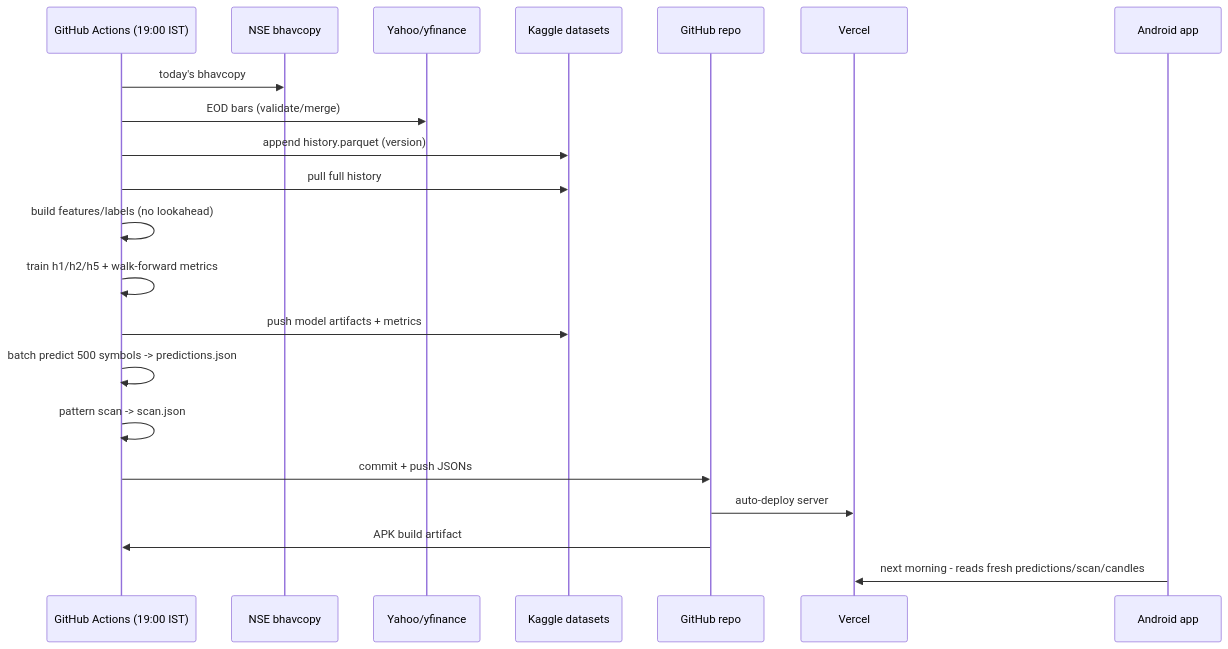
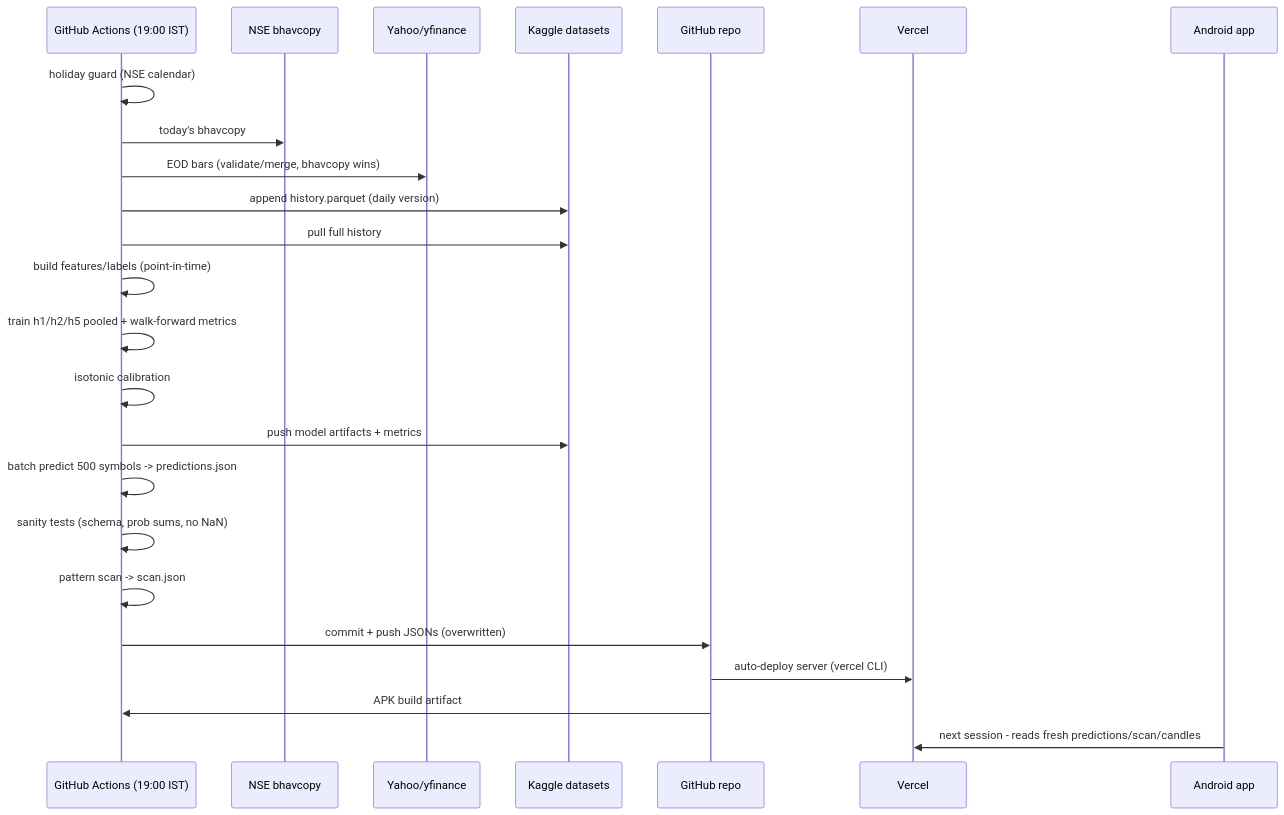
The third of 5 diagrams in design/plan.md (5r1n1dh1/TechnicalPatternAnalysis), drawn with Mermaid before and after one commit. The commit also changed other lines of this file, not shown here.

````diff
--- a/design/plan.md
+++ b/design/plan.md
@@ -255,24 +368,27 @@
 ```mermaid
 sequenceDiagram
     participant CI as GitHub Actions (19:00 IST)
     participant N as NSE bhavcopy
     participant Y as Yahoo/yfinance
     participant K as Kaggle datasets
     participant R as GitHub repo
     participant V as Vercel
     participant A as Android app
 
+    CI->>CI: holiday guard (NSE calendar)
     CI->>N: today's bhavcopy
-    CI->>Y: EOD bars (validate/merge)
-    CI->>K: append history.parquet (version)
+    CI->>Y: EOD bars (validate/merge, bhavcopy wins)
+    CI->>K: append history.parquet (daily version)
     CI->>K: pull full history
-    CI->>CI: build features/labels (no lookahead)
-    CI->>CI: train h1/h2/h5 + walk-forward metrics
+    CI->>CI: build features/labels (point-in-time)
+    CI->>CI: train h1/h2/h5 pooled + walk-forward metrics
+    CI->>CI: isotonic calibration
     CI->>K: push model artifacts + metrics
     CI->>CI: batch predict 500 symbols -> predictions.json
+    CI->>CI: sanity tests (schema, prob sums, no NaN)
     CI->>CI: pattern scan -> scan.json
-    CI->>R: commit + push JSONs
-    R->>V: auto-deploy server
+    CI->>R: commit + push JSONs (overwritten)
+    R->>V: auto-deploy server (vercel CLI)
     R->>CI: APK build artifact
-    A->>V: next morning - reads fresh predictions/scan/candles
+    A->>V: next session - reads fresh predictions/scan/candles
 ```
````
